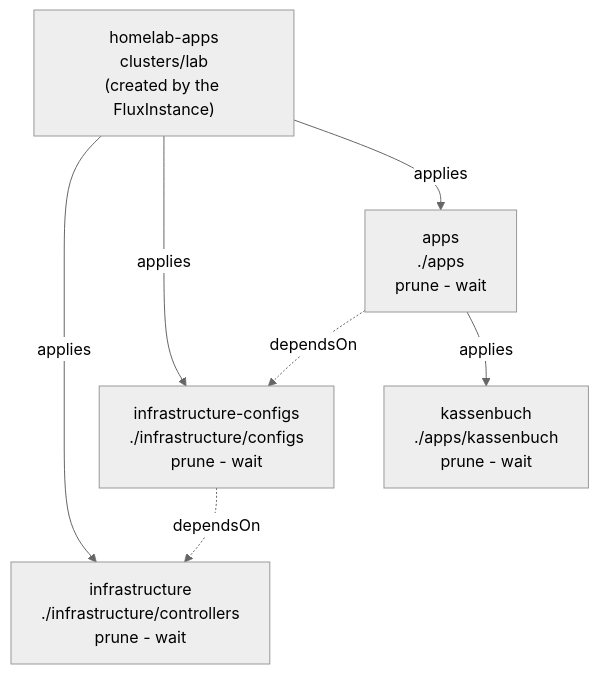
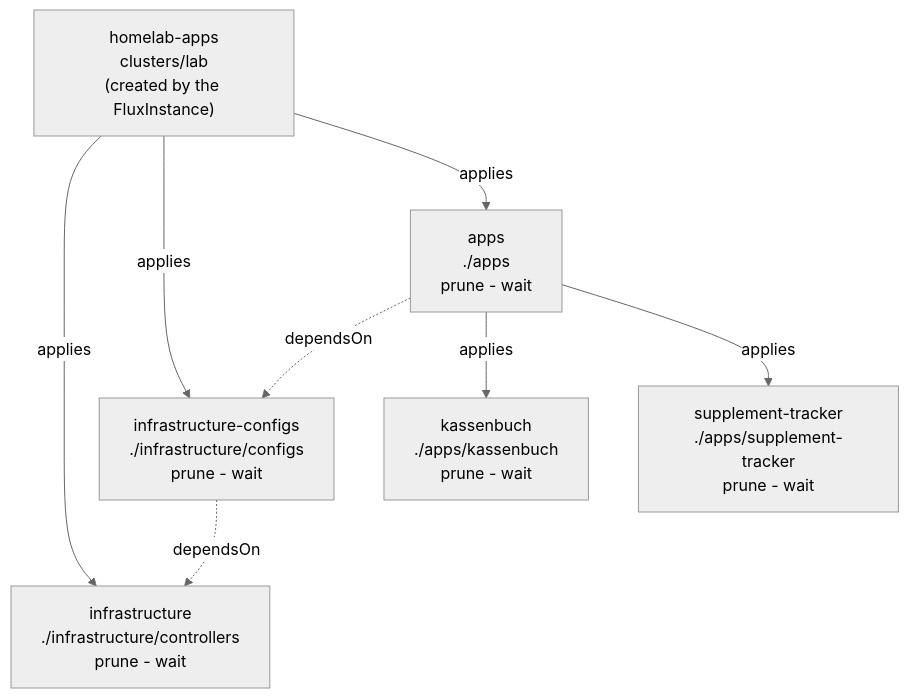
The diagram in README.md (Sojamann/homelab-apps), drawn with Mermaid (neutral theme) before and after one commit. The commit also changed other lines of this file and 8 other files, not shown here.

Commit message:
supplement-tracker: add app in version 1.0.0

````diff
--- a/README.md
+++ b/README.md
@@ -17,13 +17,14 @@
 ```mermaid
 graph TD
   ROOT["homelab-apps<br/>clusters/lab<br/>(created by the FluxInstance)"]
 
   ROOT -->|applies| INFRA["infrastructure<br/>./infrastructure/controllers<br/>prune - wait"]
   ROOT -->|applies| CFG["infrastructure-configs<br/>./infrastructure/configs<br/>prune - wait"]
   ROOT -->|applies| APPS["apps<br/>./apps<br/>prune - wait"]
 
   CFG -.->|dependsOn| INFRA
   APPS -.->|dependsOn| CFG
 
   APPS -->|applies| KB["kassenbuch<br/>./apps/kassenbuch<br/>prune - wait"]
+  APPS -->|applies| ST["supplement-tracker<br/>./apps/supplement-tracker<br/>prune - wait"]
 ```
````
